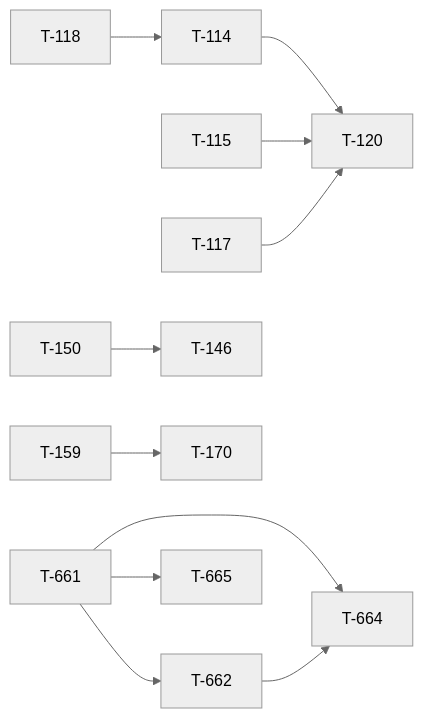
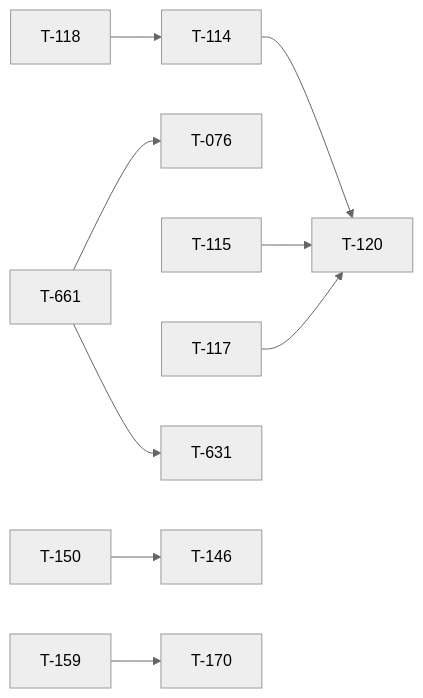
One commit to darkforce09/TBD-reforger changed the diagram in docs/TICKET_LEAD.md. Above: the diagram before and after it, drawn with Mermaid (neutral theme). The commit also changed other lines of this file and 8 other files, not shown here.

````diff
--- a/docs/TICKET_LEAD.md
+++ b/docs/TICKET_LEAD.md
@@ -28,13 +28,11 @@
 ```mermaid
 flowchart LR
+  T661[T-661] --> T076[T-076]
   T118[T-118] --> T114[T-114]
   T114[T-114] --> T120[T-120]
   T115[T-115] --> T120[T-120]
   T117[T-117] --> T120[T-120]
   T150[T-150] --> T146[T-146]
   T159[T-159] --> T170[T-170]
-  T661[T-661] --> T662[T-662]
-  T661[T-661] --> T664[T-664]
-  T662[T-662] --> T664[T-664]
-  T661[T-661] --> T665[T-665]
+  T661[T-661] --> T631[T-631]
 ```
````
